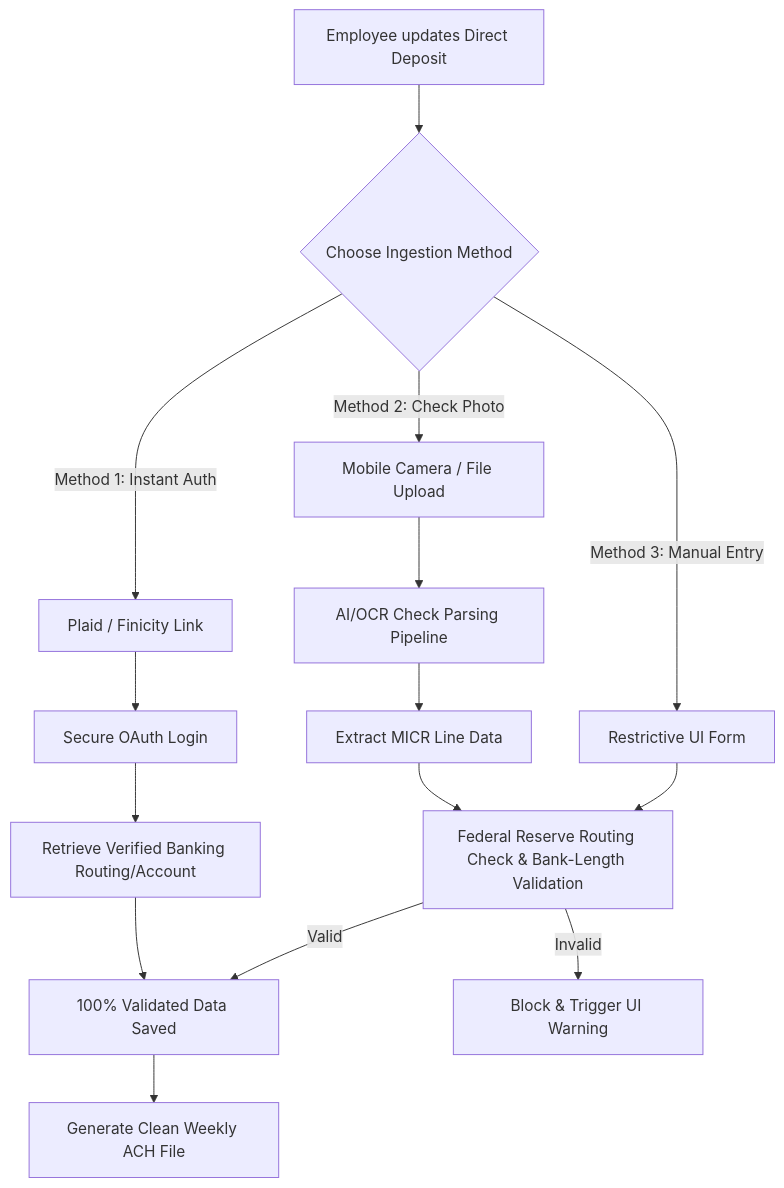
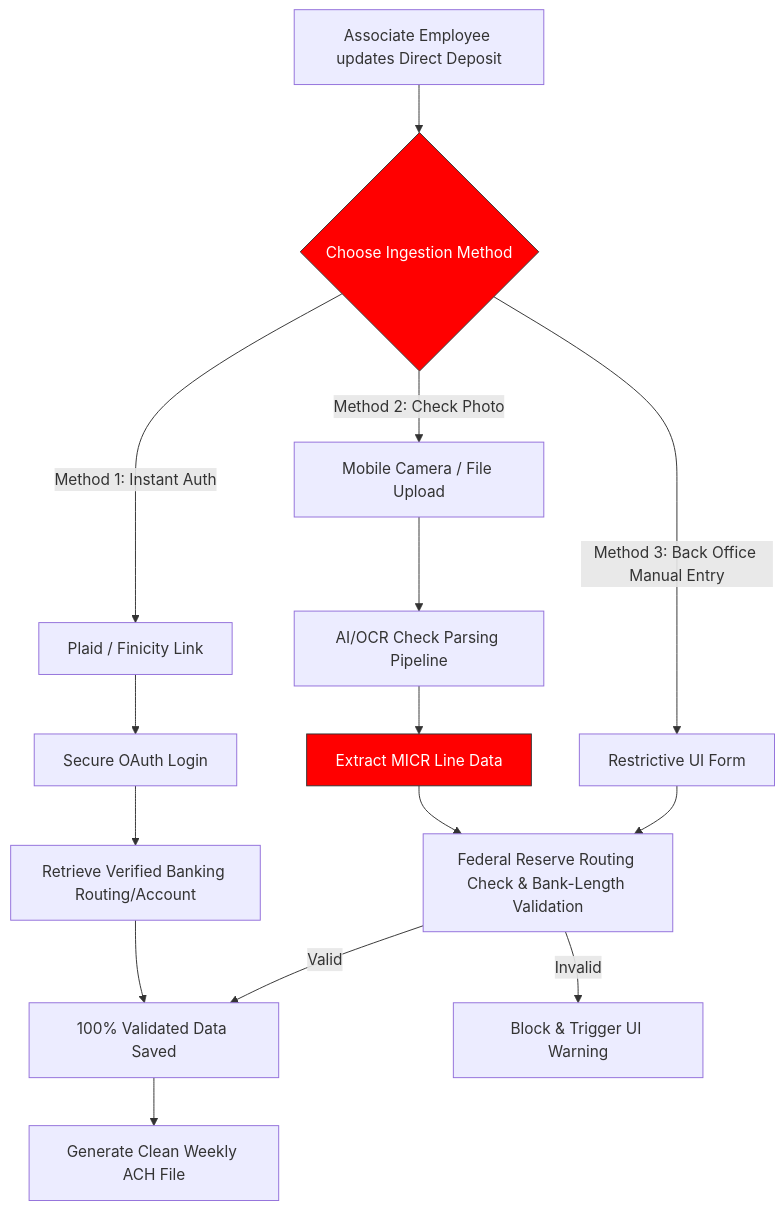
Before and after one commit to rcpsolutions-net/markdown-docs: the diagram in reducingItDown.md, drawn with Mermaid. The commit also changed other lines of this file, not shown here.

Commit message:
Clarify employee roles in ACH update process

````diff
--- a/reducingItDown.md
+++ b/reducingItDown.md
@@ -13,24 +13,26 @@
 ```mermaid
 graph TD
-    A[Employee updates Direct Deposit] --> B{Choose Ingestion Method}
+    A[Associate Employee updates Direct Deposit] --> B{Choose Ingestion Method}
     
     B -- Method 1: Instant Auth --> C[Plaid / Finicity Link]
     C --> D[Secure OAuth Login]
     D --> E[Retrieve Verified Banking Routing/Account]
     
     B -- Method 2: Check Photo --> F[Mobile Camera / File Upload]
     F --> G[AI/OCR Check Parsing Pipeline]
     G --> H[Extract MICR Line Data]
     
-    B -- Method 3: Manual Entry --> I[Restrictive UI Form]
+    B -- Method 3: Back Office Manual Entry --> I[Restrictive UI Form]
+    style B fill:#ff0000,stroke:#333,color:#fff
     
     H --> J[Federal Reserve Routing Check & Bank-Length Validation]
+    style H fill:#ff0000,stroke:#333,color:#fff
     I --> J
     E --> K[100% Validated Data Saved]
     
     J -- Valid --> K
     J -- Invalid --> X[Block & Trigger UI Warning]
     
     K --> L[Generate Clean Weekly ACH File]
 
 ```
````
